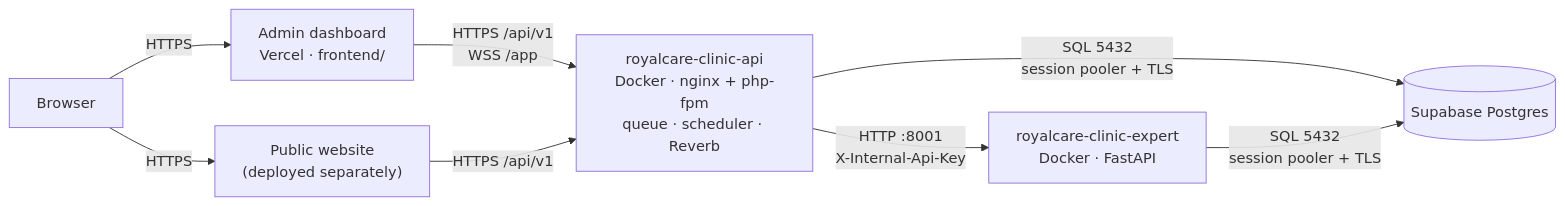
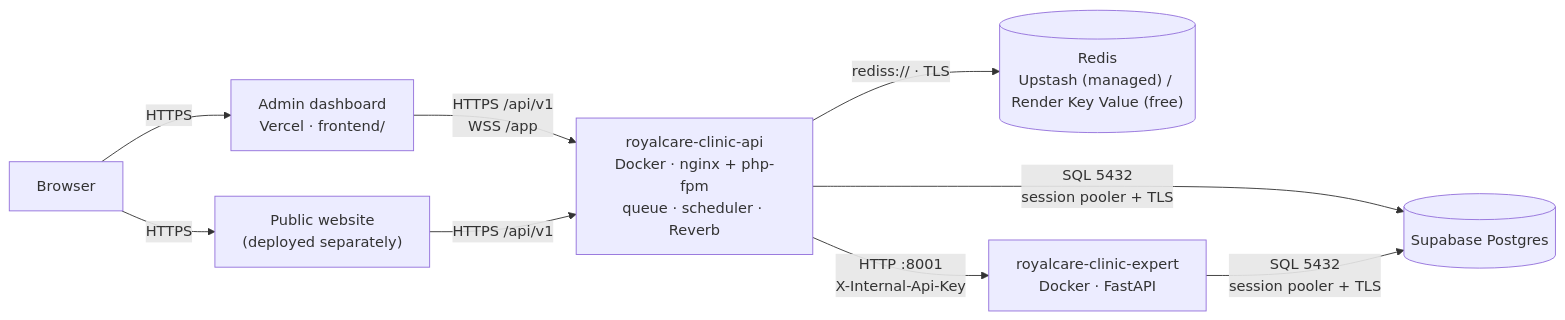
Before and after one commit to SanTin-Developer/clinic-management-medical-expert-system: the second of 2 diagrams in docs/10-deployment/index.md, drawn with Mermaid. The commit also changed other lines of this file and 12 other files, not shown here.

First line of the commit message:
fix(redis): connect to Upstash over TLS and stop financial aggregates being cached

````diff
--- a/docs/10-deployment/index.md
+++ b/docs/10-deployment/index.md
@@ -479,10 +481,11 @@
 ```mermaid
 flowchart LR
     Browser["Browser"] -->|HTTPS| Admin["Admin dashboard<br/>Vercel · frontend/"]
     Browser -->|HTTPS| Website["Public website<br/>(deployed separately)"]
     Admin -->|"HTTPS /api/v1<br/>WSS /app"| API["royalcare-clinic-api<br/>Docker · nginx + php-fpm<br/>queue · scheduler · Reverb"]
     Website -->|"HTTPS /api/v1"| API
     API -->|"SQL 5432<br/>session pooler + TLS"| Supabase[("Supabase Postgres")]
+    API -->|"rediss:// · TLS"| Redis[("Redis<br/>Upstash (managed) / Render Key Value (free)")]
     API -->|"HTTP :8001<br/>X-Internal-Api-Key"| Expert["royalcare-clinic-expert<br/>Docker · FastAPI"]
     Expert -->|"SQL 5432<br/>session pooler + TLS"| Supabase
 ```
````
